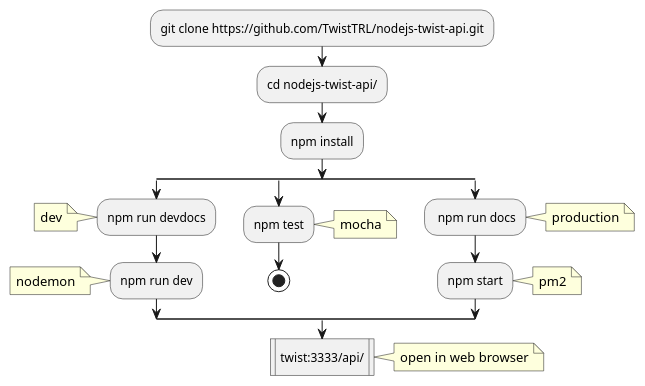
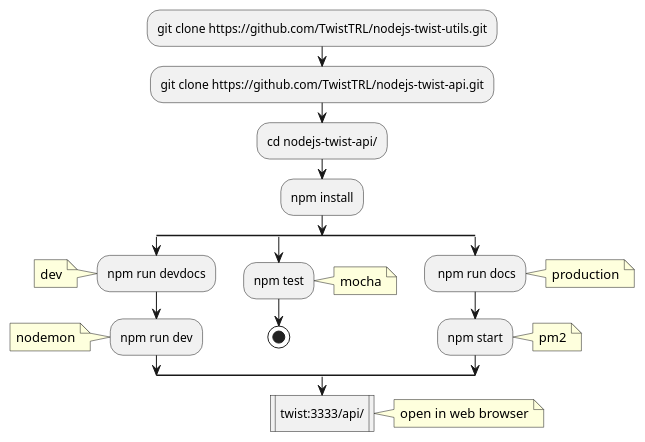
Before and after one commit to TwistTRL/nodejs-twist-api: the diagram in assets/flowchart.iuml, drawn with PlantUML. The commit also changed 4 other files, not shown here.

```diff
--- a/assets/flowchart.iuml
+++ b/assets/flowchart.iuml
@@ -1,36 +1,37 @@
 @startuml flow chart
+:git clone https://github.com/TwistTRL/nodejs-twist-utils.git;
 :git clone https://github.com/TwistTRL/nodejs-twist-api.git;
 :cd nodejs-twist-api/;
 :npm install;
 
 split
   :npm run devdocs;
   note left
   dev
   end note
   :npm run dev;
   note left
     nodemon
   end note
 split again
   :npm test;
   note right
     mocha
   end note
   stop
 split again
   : npm run docs;
   note right
     production
   end note
   :npm start;
   note right
     pm2
   end note
 end split
 
 :twist:3333/api/|
 note right
   open in web browser
 end note
 @enduml
```
